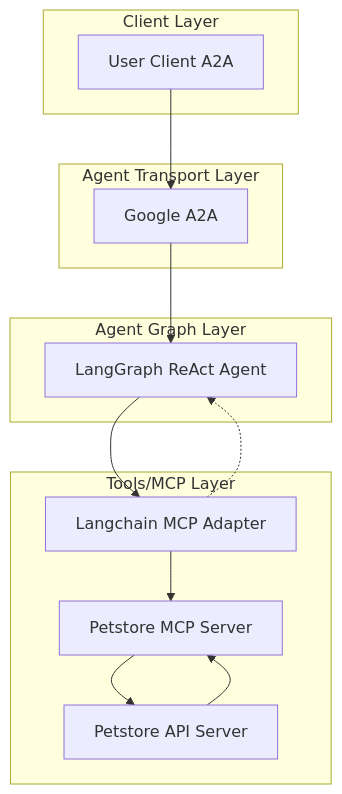
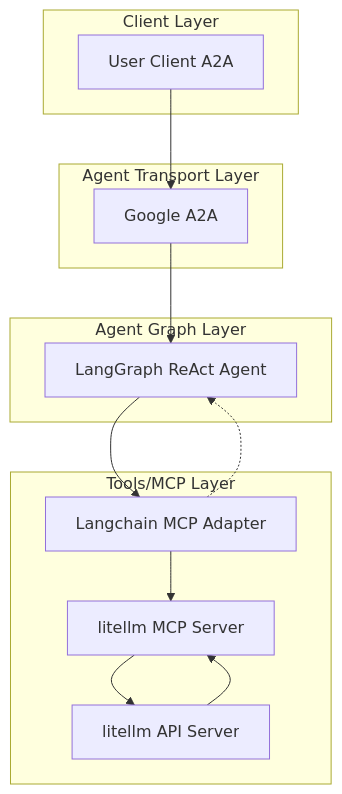
One commit to cnoe-io/ai-platform-engineering changed the diagram in ai_platform_engineering/agents/litellm/README.md. Above: the diagram before and after it, drawn with Mermaid. The commit also changed other lines of this file and 12 other files, not shown here.

Commit message:
rework litellm mcp server implementation

````diff
--- a/ai_platform_engineering/agents/litellm/README.md
+++ b/ai_platform_engineering/agents/litellm/README.md
@@ -90,25 +75,25 @@
 ```mermaid
 flowchart TD
   subgraph Client Layer
     A[User Client A2A]
   end
 
   subgraph Agent Transport Layer
     B[Google A2A]
   end
 
   subgraph Agent Graph Layer
     C[LangGraph ReAct Agent]
   end
 
   subgraph Tools/MCP Layer
     D[Langchain MCP Adapter]
-    E[Petstore MCP Server]
-    F[Petstore API Server]
+    E[litellm MCP Server]
+    F[litellm API Server]
   end
 
   A --> B --> C
   C --> D
   D -.-> C
   D --> E --> F --> E
 ```
````
